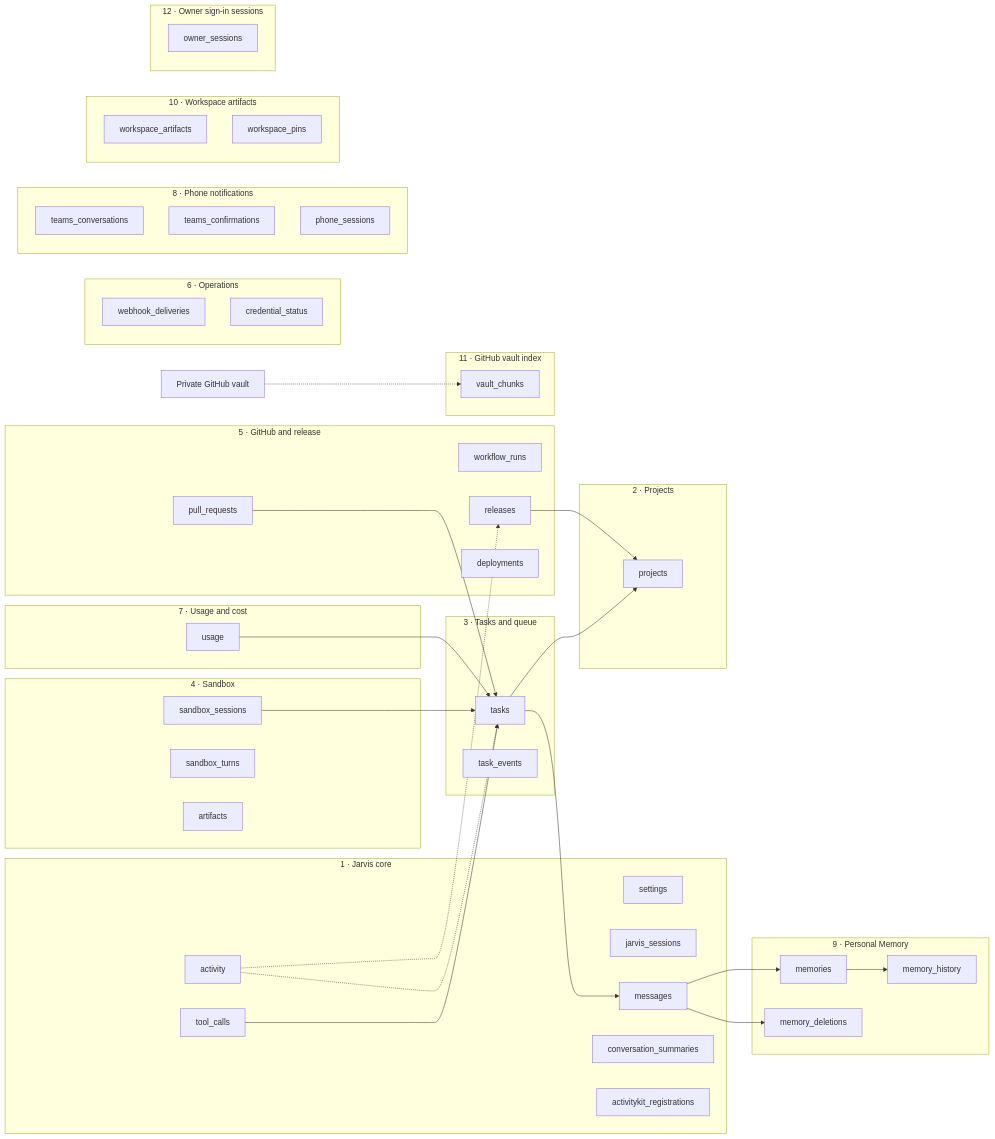
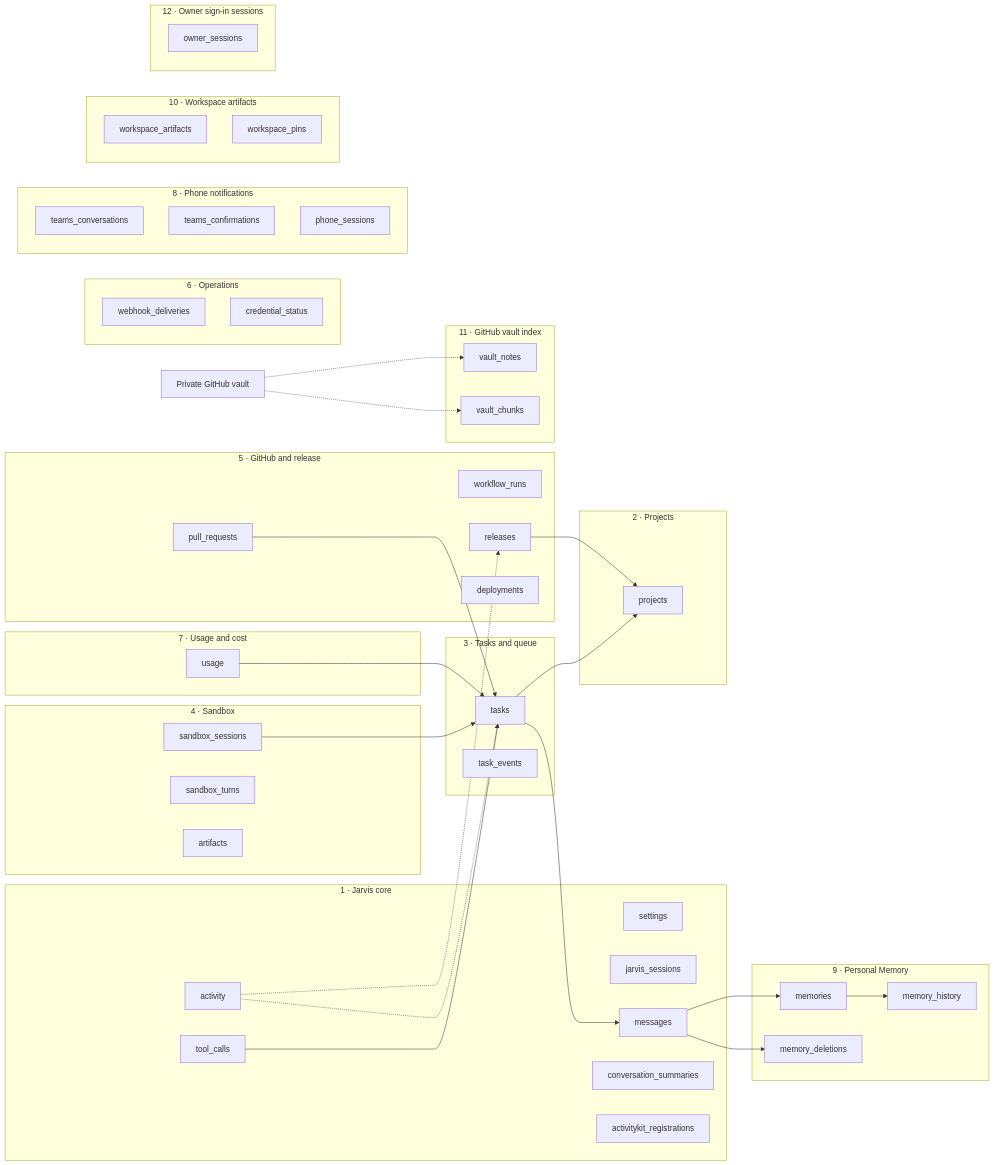
One commit to DanAakesen/jarvis changed the first of 9 diagrams in docs/data-model.md. Above: the diagram before and after it, drawn with Mermaid. The commit also changed other lines of this file and 28 other files, not shown here.

````diff
--- a/docs/data-model.md
+++ b/docs/data-model.md
@@ -160,70 +160,72 @@
 ```mermaid
 flowchart LR
     subgraph CORE["1 · Jarvis core"]
         settings
         jarvis_sessions
         messages
         tool_calls
         activity
         conversation_summaries
         activitykit_registrations
     end
     subgraph PROJ["2 · Projects"]
         projects
     end
     subgraph TASK["3 · Tasks and queue"]
         tasks
         task_events
     end
     subgraph SANDBOX["4 · Sandbox"]
         sandbox_sessions
         sandbox_turns
         artifacts
     end
     subgraph REL["5 · GitHub and release"]
         pull_requests
         workflow_runs
         releases
         deployments
     end
     subgraph USE["7 · Usage and cost"]
         usage
     end
     subgraph MEMORY["9 · Personal Memory"]
         memories
         memory_history
         memory_deletions
     end
     subgraph VAULT["11 · GitHub vault index"]
+        vault_notes
         vault_chunks
     end
+    vault_repo["Private GitHub vault"] -.-> vault_notes
     vault_repo["Private GitHub vault"] -.-> vault_chunks
     subgraph OPS["6 · Operations"]
         webhook_deliveries
         credential_status
     end
     subgraph PHONE["8 · Phone notifications"]
         teams_conversations
         teams_confirmations
         phone_sessions
     end
     subgraph WORKSPACE["10 · Workspace artifacts"]
         workspace_artifacts
         workspace_pins
     end
     subgraph OWNERSESSION["12 · Owner sign-in sessions"]
         owner_sessions
     end
     tool_calls --> tasks
     tasks --> projects
     sandbox_sessions --> tasks
     pull_requests --> tasks
     releases --> projects
     activity -.-> tasks
     activity -.-> releases
     usage --> tasks
     tasks --> messages
     messages --> memories
     memories --> memory_history
     messages --> memory_deletions
 ```
````
